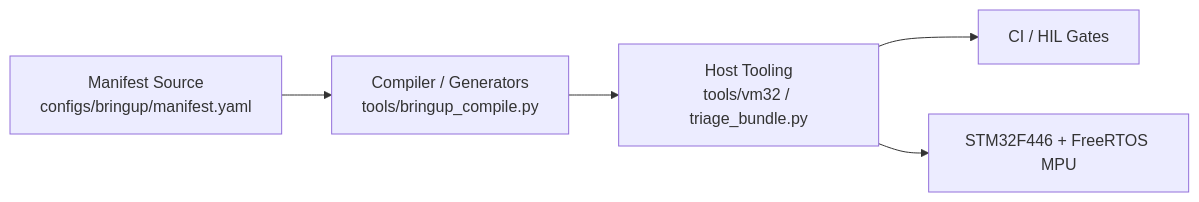
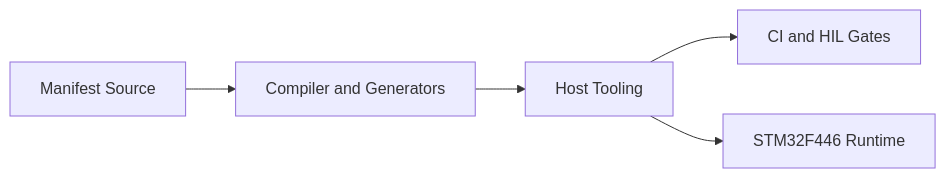
One commit to JialongWang1201/mkdbg changed the first of 3 diagrams in README.md. Above: the diagram before and after it, drawn with Mermaid. The commit also changed other lines of this file, not shown here.

Commit message:
docs: simplify Mermaid syntax for GitHub rendering

````diff
--- a/README.md
+++ b/README.md
@@ -83,7 +83,7 @@
 ```mermaid
 flowchart LR
-    Manifest["Manifest Source<br/>configs/bringup/manifest.yaml"] --> Compiler["Compiler / Generators<br/>tools/bringup_compile.py"]
-    Compiler --> Host["Host Tooling<br/>tools/vm32 / triage_bundle.py"]
-    Host --> CI["CI / HIL Gates"]
-    Host --> Target["STM32F446 + FreeRTOS MPU"]
+    A[Manifest Source] --> B[Compiler and Generators]
+    B --> C[Host Tooling]
+    C --> D[CI and HIL Gates]
+    C --> E[STM32F446 Runtime]
 ```
````
